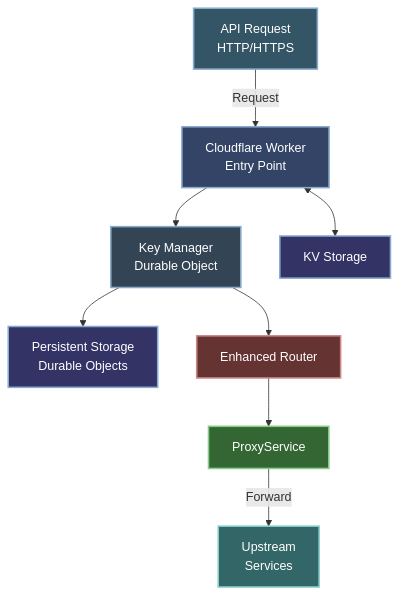
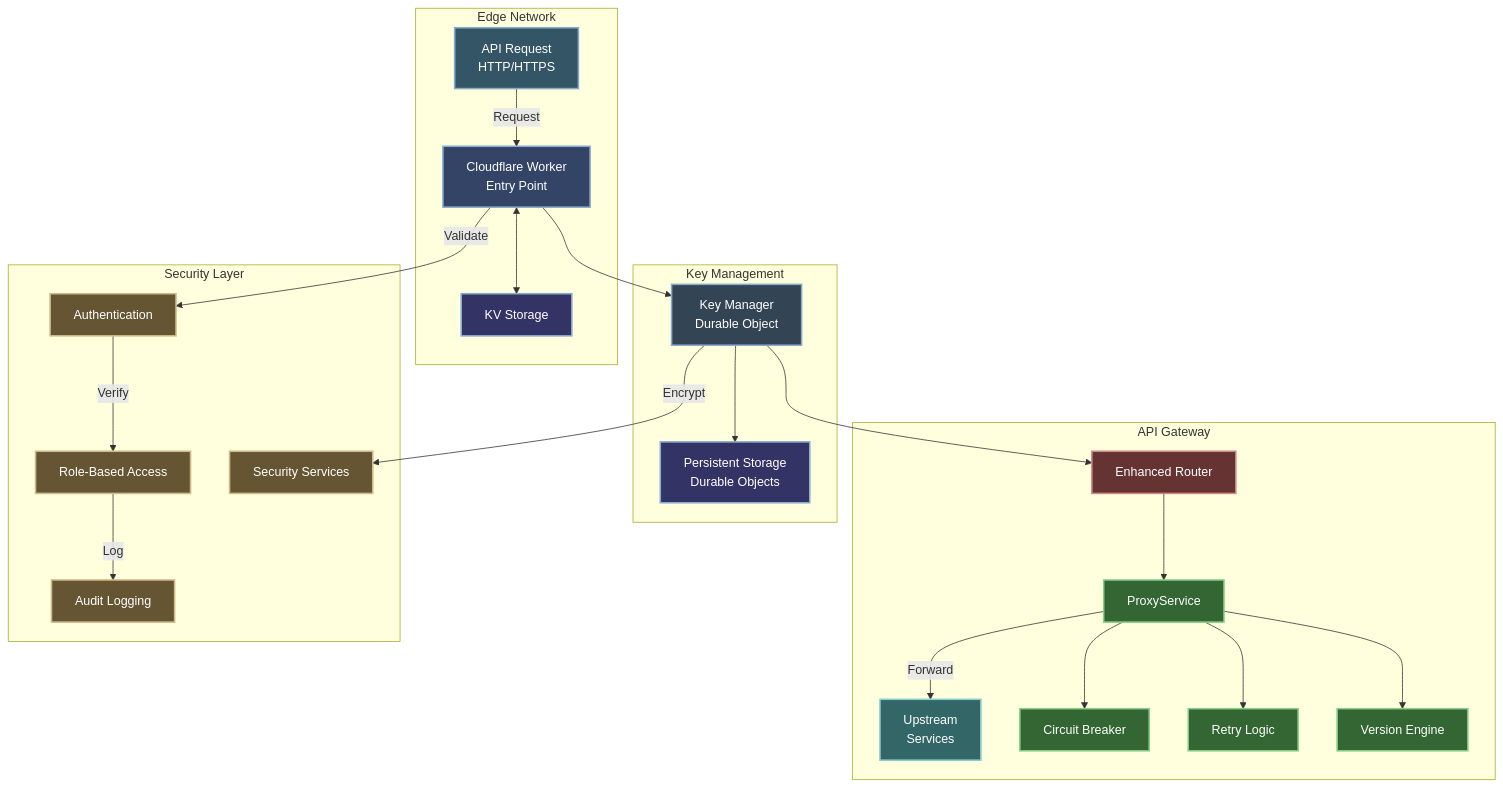
The first of 24 diagrams in docs/ARCHITECTURE.md (erfianugrah/api-gateway-workers), drawn with Mermaid before and after one commit. The commit also changed other lines of this file and 69 other files, not shown here.

````diff
--- a/docs/ARCHITECTURE.md
+++ b/docs/ARCHITECTURE.md
@@ -9,19 +9,45 @@
 ```mermaid
 flowchart TB
-    A["API Request<br>HTTP/HTTPS"] -->|Request| B["Cloudflare Worker<br>Entry Point"]
-    B --> C["Key Manager<br>Durable Object"]
-    C --> D["Persistent Storage<br>Durable Objects"]
-    C --> F["Enhanced Router"]
-    F --> G["ProxyService"]
-    G -->|Forward| H["Upstream<br>Services"]
-    B <--> E["KV Storage"]
+    subgraph "Edge Network"
+        A["API Request<br>HTTP/HTTPS"] -->|Request| B["Cloudflare Worker<br>Entry Point"]
+        B <--> E["KV Storage"]
+    end
+    
+    subgraph "Key Management"
+        B --> C["Key Manager<br>Durable Object"]
+        C --> D["Persistent Storage<br>Durable Objects"]
+    end
+    
+    subgraph "API Gateway"
+        C --> F["Enhanced Router"]
+        F --> G["ProxyService"]
+        G -->|Forward| H["Upstream<br>Services"]
+        
+        G --> CB[Circuit Breaker]
+        G --> RT[Retry Logic]
+        G --> VE[Version Engine]
+    end
+    
+    subgraph "Security Layer"
+        B -->|Validate| AUTH[Authentication]
+        AUTH -->|Verify| RBAC[Role-Based Access]
+        RBAC -->|Log| AUDIT[Audit Logging]
+        C -->|Encrypt| SEC[Security Services]
+    end
     
     style A fill:#335566,stroke:#88aacc,stroke-width:2px,color:#ffffff
     style B fill:#334466,stroke:#88aacc,stroke-width:2px,color:#ffffff
     style C fill:#334455,stroke:#88aacc,stroke-width:2px,color:#ffffff
     style D fill:#333366,stroke:#88aacc,stroke-width:2px,color:#ffffff
     style E fill:#333366,stroke:#88aacc,stroke-width:2px,color:#ffffff
     style F fill:#663333,stroke:#cc8888,stroke-width:2px,color:#ffffff
     style G fill:#336633,stroke:#88cc88,stroke-width:2px,color:#ffffff
     style H fill:#336666,stroke:#88cccc,stroke-width:2px,color:#ffffff
+    style AUTH fill:#665533,stroke:#ccbb88,stroke-width:2px,color:#ffffff
+    style RBAC fill:#665533,stroke:#ccbb88,stroke-width:2px,color:#ffffff
+    style AUDIT fill:#665533,stroke:#ccbb88,stroke-width:2px,color:#ffffff
+    style SEC fill:#665533,stroke:#ccbb88,stroke-width:2px,color:#ffffff
+    style CB fill:#336633,stroke:#88cc88,stroke-width:2px,color:#ffffff
+    style RT fill:#336633,stroke:#88cc88,stroke-width:2px,color:#ffffff
+    style VE fill:#336633,stroke:#88cc88,stroke-width:2px,color:#ffffff
 ```
````
